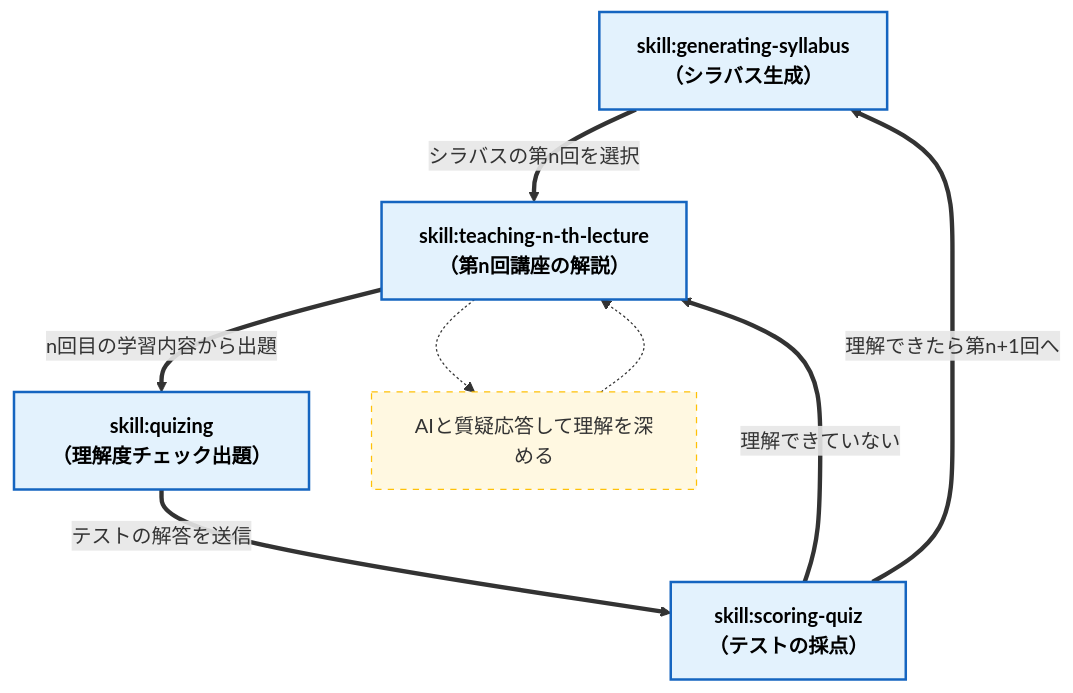
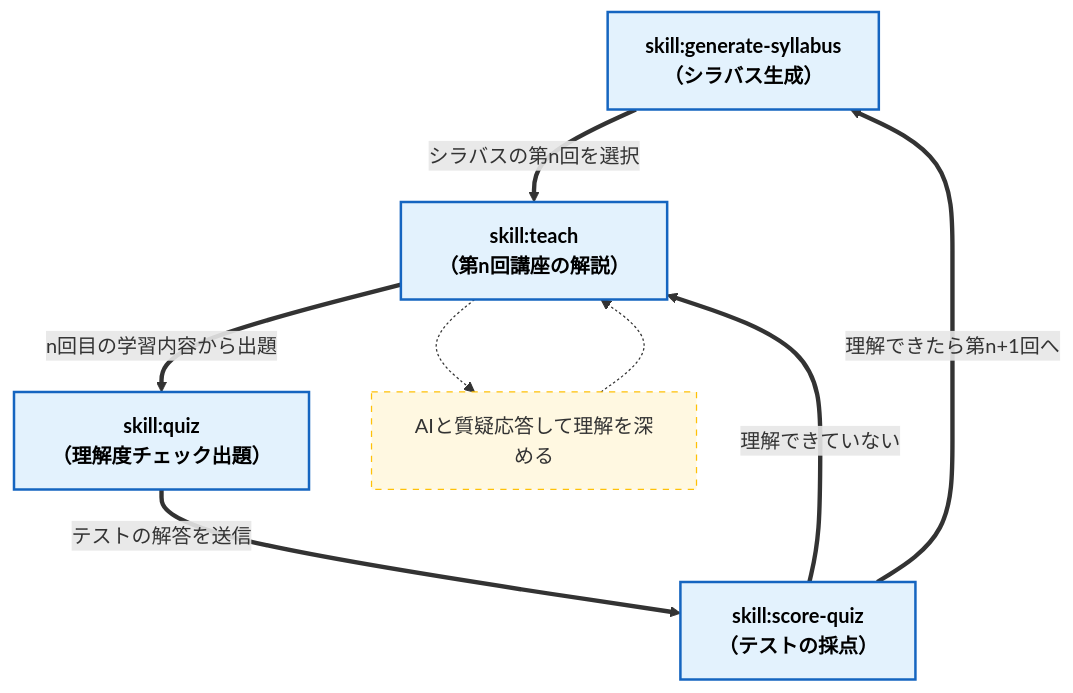
Before and after one commit to pye-hj/claude-academy: the diagram in README.md, drawn with Mermaid. The commit also changed other lines of this file and 6 other files, not shown here.

````diff
--- a/README.md
+++ b/README.md
@@ -50,26 +50,26 @@
 ```mermaid
 flowchart TD
 %% ノードの定義
-GS["skill:generating-syllabus<br/>（シラバス生成）"]
-TL["skill:teaching-n-th-lecture<br/>（第n回講座の解説）"]
-QZ["skill:quizing<br/>（理解度チェック出題）"]
-SQ["skill:scoring-quiz<br/>（テストの採点）"]
+GS["skill:generate-syllabus<br/>（シラバス生成）"]
+TL["skill:teach<br/>（第n回講座の解説）"]
+QZ["skill:quiz<br/>（理解度チェック出題）"]
+SQ["skill:score-quiz<br/>（テストの採点）"]
 
     %% 各ステップの補足情報（サブノート）
     noteTL["AIと質疑応答して理解を深める"]
 
     GS == "シラバスの第n回を選択" ==> TL
     TL -.-> noteTL
     noteTL -.-> TL
     SQ == "理解できていない" ==> TL
     SQ == "理解できたら第n+1回へ" ==> GS
     TL == "n回目の学習内容から出題" ==> QZ
     QZ == "テストの解答を送信" ==> SQ
 
     %% スタイリング
     classDef main fill:#e3f2fd,stroke:#1565c0,stroke-width:2px,color:#000,font-weight:bold
     classDef note fill:#fff8e1,stroke:#ffc107,stroke-width:1px,color:#333,stroke-dasharray: 5 5
 
     class GS,TL,QZ,SQ main
     class noteGS,noteTL,noteQZ note
 ```
````
